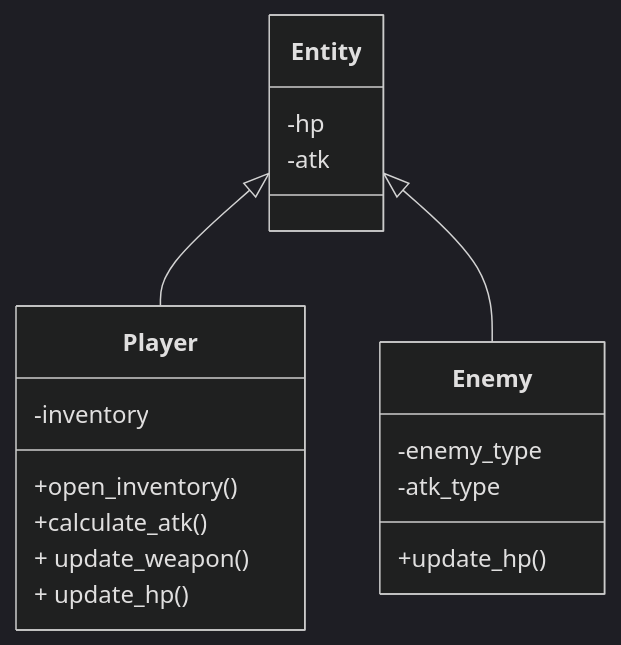
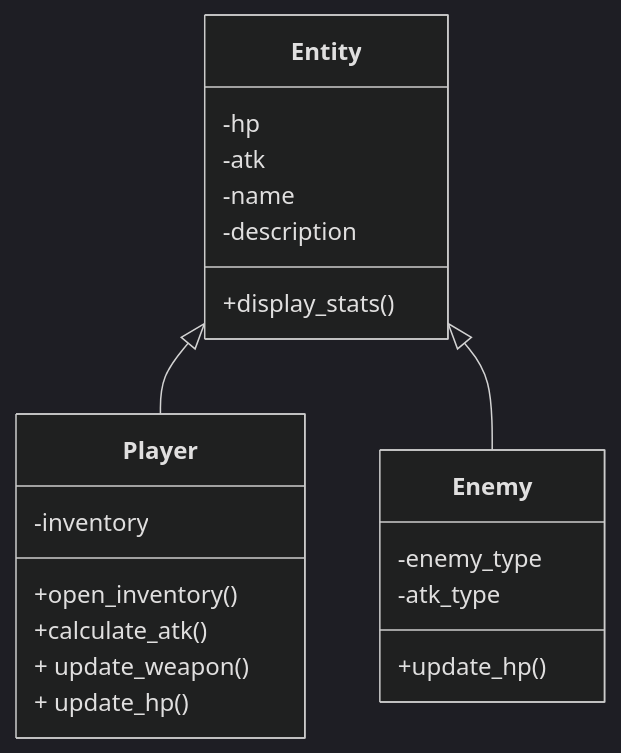
Before and after one commit to edward-yee-ny/j1-summary-project-private-: the third of 3 diagrams in README.md, drawn with Mermaid (dark theme). The commit also changed other lines of this file, not shown here.

````diff
--- a/README.md
+++ b/README.md
@@ -90,15 +92,18 @@
 ```mermaid
 classDiagram
     Entity <|-- Player
     Entity <|-- Enemy
     Entity : -hp
     Entity : -atk
+    Entity : -name
+    Entity : -description
+    Entity : +display_stats()
     Player : -inventory
     Player : +open_inventory()
     Player : +calculate_atk()
     Player : + update_weapon()
     Player : + update_hp()
     Enemy : -enemy_type
     Enemy : -atk_type
     Enemy : +update_hp()
 ```
````
